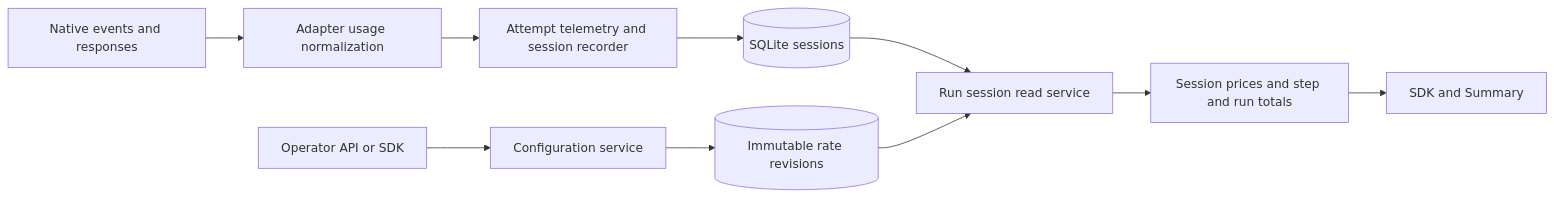
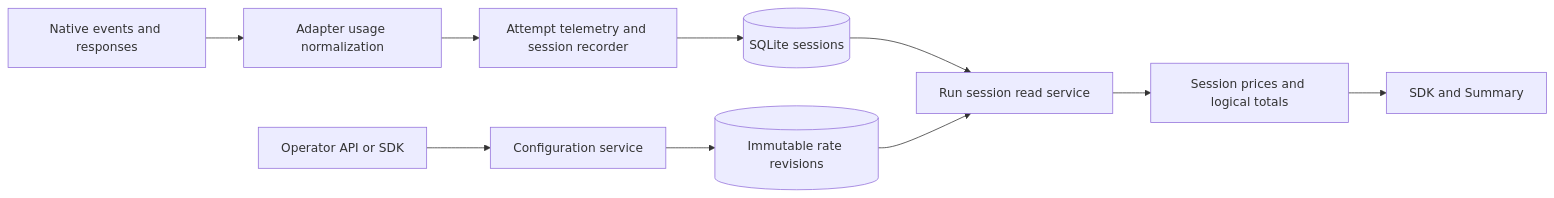
The second of 3 diagrams in context-human/specs/feature-cache-aware-session-cost.md (markdstafford/autocatalyst), drawn with Mermaid before and after one commit. The commit also changed other lines of this file, not shown here.

Commit message:
docs: revise feature spec cache-aware-session-cost

````diff
--- a/context-human/specs/feature-cache-aware-session-cost.md
+++ b/context-human/specs/feature-cache-aware-session-cost.md
@@ -116,12 +119,12 @@
 ```mermaid
 flowchart LR
     A[Native events and responses] --> B[Adapter usage normalization]
     B --> C[Attempt telemetry and session recorder]
     C --> D[(SQLite sessions)]
     E[Operator API or SDK] --> F[Configuration service]
     F --> G[(Immutable rate revisions)]
     D --> H[Run session read service]
     G --> H
-    H --> I[Session prices and step and run totals]
+    H --> I[Session prices and logical totals]
     I --> J[SDK and Summary]
 ```
````
